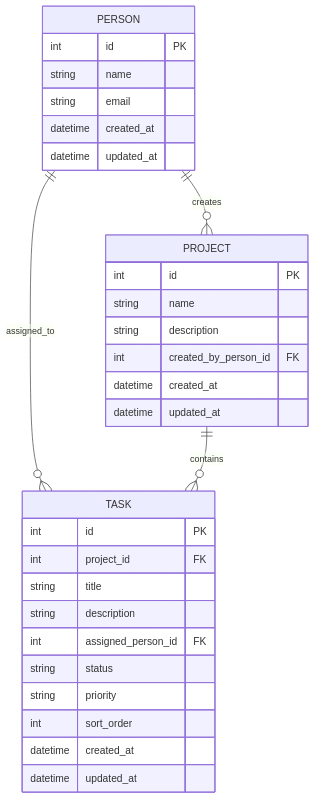
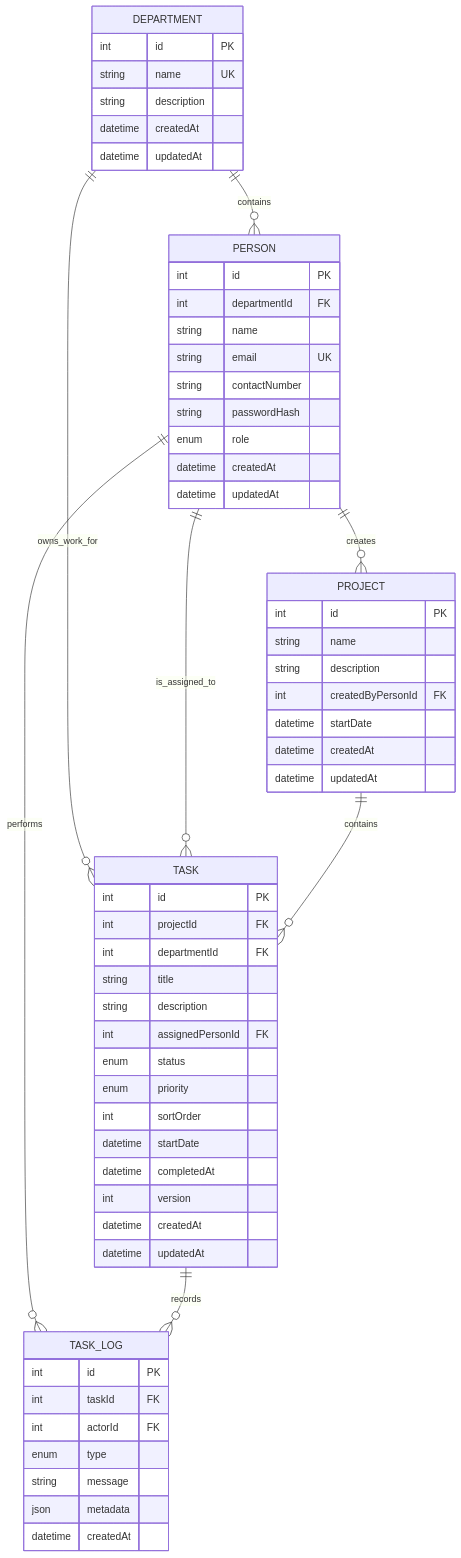
One commit to RobinWu98/MyJira changed the second of 13 diagrams in requirement/diagrams.md. Above: the diagram before and after it, drawn with Mermaid. The commit also changed other lines of this file and 2 other files, not shown here.

````diff
--- a/requirement/diagrams.md
+++ b/requirement/diagrams.md
@@ -5,36 +24,69 @@
 ```mermaid
 erDiagram
+    DEPARTMENT ||--o{ PERSON : contains
+    DEPARTMENT ||--o{ TASK : owns_work_for
+
     PERSON ||--o{ PROJECT : creates
-    PERSON ||--o{ TASK : assigned_to
+    PERSON ||--o{ TASK : is_assigned_to
+    PERSON ||--o{ TASK_LOG : performs
+
     PROJECT ||--o{ TASK : contains
+    TASK ||--o{ TASK_LOG : records
+
+    DEPARTMENT {
+        int id PK
+        string name UK
+        string description
+        datetime createdAt
+        datetime updatedAt
+    }
 
     PERSON {
         int id PK
+        int departmentId FK
         string name
-        string email
-        datetime created_at
-        datetime updated_at
+        string email UK
+        string contactNumber
+        string passwordHash
+        enum role
+        datetime createdAt
+        datetime updatedAt
     }
 
     PROJECT {
         int id PK
         string name
         string description
-        int created_by_person_id FK
-        datetime created_at
-        datetime updated_at
+        int createdByPersonId FK
+        datetime startDate
+        datetime createdAt
+        datetime updatedAt
     }
 
     TASK {
         int id PK
-        int project_id FK
+        int projectId FK
+        int departmentId FK
         string title
         string description
-        int assigned_person_id FK
-        string status
-        string priority
-        int sort_order
-        datetime created_at
-        datetime updated_at
+        int assignedPersonId FK
+        enum status
+        enum priority
+        int sortOrder
+        datetime startDate
+        datetime completedAt
+        int version
+        datetime createdAt
+        datetime updatedAt
+    }
+
+    TASK_LOG {
+        int id PK
+        int taskId FK
+        int actorId FK
+        enum type
+        string message
+        json metadata
+        datetime createdAt
     }
 ```
````
